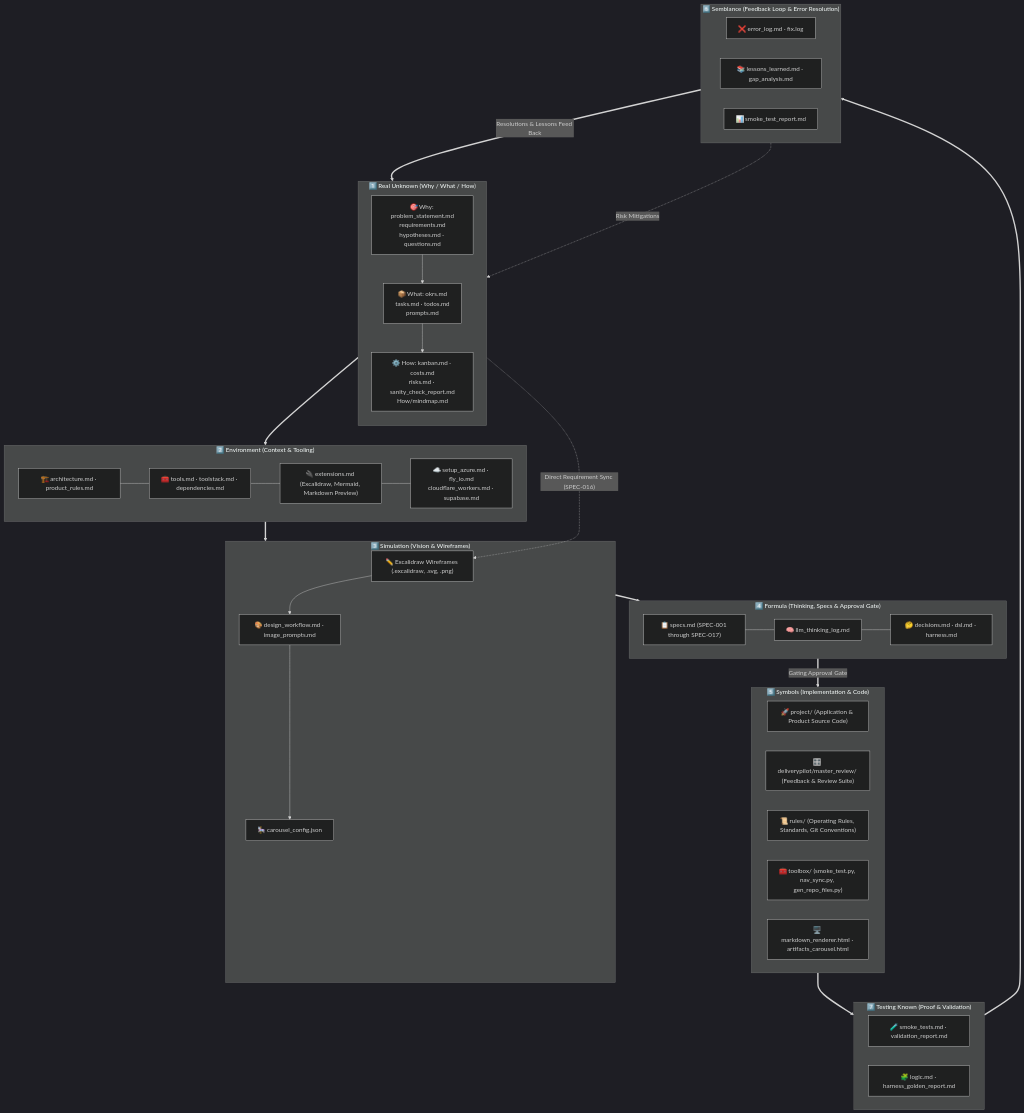
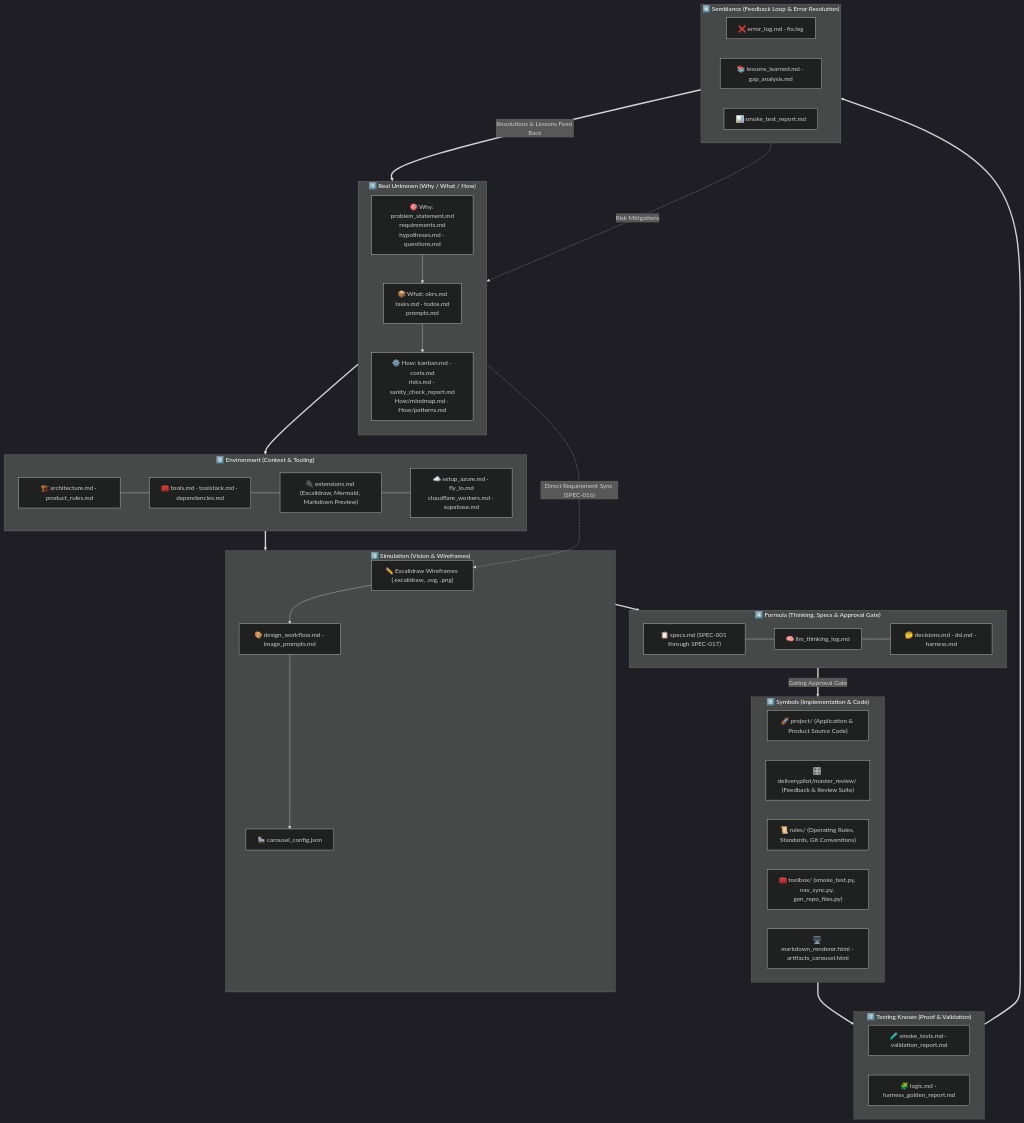
The diagram in 1_Real_Unknown/How/mindmap.md (rifaterdemsahin/delivery-pilot-template), drawn with Mermaid (dark theme) before and after one commit. The commit also changed other lines of this file and 25 other files, not shown here.

Commit message:
feat(real/how): adopt _README.md convention across stages and document patterns in How/ (TSK-043 / SPEC-018)

````diff
--- a/1_Real_Unknown/How/mindmap.md
+++ b/1_Real_Unknown/How/mindmap.md
@@ -9,62 +9,62 @@
 ```mermaid
 flowchart TD
     subgraph S1["1️⃣ Real Unknown (Why / What / How)"]
         direction TB
         S1_WHY["🎯 Why: problem_statement.md<br/>requirements.md<br/>hypotheses.md · questions.md"]
         S1_WHAT["📦 What: okrs.md<br/>tasks.md · todos.md<br/>prompts.md"]
-        S1_HOW["⚙️ How: kanban.md · costs.md<br/>risks.md · sanity_check_report.md<br/>How/mindmap.md"]
+        S1_HOW["⚙️ How: kanban.md · costs.md<br/>risks.md · sanity_check_report.md<br/>How/mindmap.md · How/patterns.md"]
         S1_WHY --> S1_WHAT --> S1_HOW
     end
 
     subgraph S2["2️⃣ Environment (Context & Tooling)"]
         S2_ARCH["🏗️ architecture.md · product_rules.md"]
         S2_TOOLS["🧰 tools.md · toolstack.md · dependencies.md"]
         S2_EXT["🔌 extensions.md (Excalidraw, Mermaid, Markdown Preview)"]
         S2_CLOUD["☁️ setup_azure.md · fly_io.md<br/>cloudflare_workers.md · supabase.md"]
         S2_ARCH --- S2_TOOLS --- S2_EXT --- S2_CLOUD
     end
 
     subgraph S3["3️⃣ Simulation (Vision & Wireframes)"]
         S3_EXC["✏️ Excalidraw Wireframes (.excalidraw, .svg, .png)"]
         S3_FLOW["🎨 design_workflow.md · image_prompts.md"]
         S3_CAR["🎠 carousel_config.json"]
         S3_EXC --> S3_FLOW --> S3_CAR
     end
 
     subgraph S4["4️⃣ Formula (Thinking, Specs & Approval Gate)"]
         S4_SPECS["📋 specs.md (SPEC-001 through SPEC-017)"]
         S4_LOG["🧠 llm_thinking_log.md"]
         S4_ADR["🤔 decisions.md · dsl.md · harness.md"]
         S4_SPECS --- S4_LOG --- S4_ADR
     end
 
     subgraph S5["5️⃣ Symbols (Implementation & Code)"]
         S5_PROJ["🚀 project/ (Application & Product Source Code)"]
         S5_DP["🎛️ deliverypilot/master_review/ (Feedback & Review Suite)"]
         S5_RULES["📜 rules/ (Operating Rules, Standards, Git Conventions)"]
         S5_BOX["🧰 toolbox/ (smoke_test.py, nav_sync.py, gen_repo_files.py)"]
         S5_UI["🖥️ markdown_renderer.html · artifacts_carousel.html"]
     end
 
     subgraph S7["7️⃣ Testing Known (Proof & Validation)"]
         S7_SMOKE["🧪 smoke_tests.md · validation_report.md"]
         S7_LOGIC["🧩 logic.md · harness_golden_report.md"]
     end
 
     subgraph S6["6️⃣ Semblance (Feedback Loop & Error Resolution)"]
         S6_LOGS["❌ error_log.md · fix.log"]
         S6_LEARN["📚 lessons_learned.md · gap_analysis.md"]
         S6_REPORT["📊 smoke_test_report.md"]
     end
 
     %% Cross-Stage Flow & Feedback Loops
     S1 ==> S2
     S1 -. "Direct Requirement Sync (SPEC-016)" .-> S3_EXC
     S2 ==> S3
     S3 ==> S4
     S4 ==>|Gating Approval Gate| S5
     S5 ==> S7
     S7 ==> S6
     S6 ==>|Resolutions & Lessons Feed Back| S1_HOW
     S6 -. "Risk Mitigations" .-> S1
 ```
````
